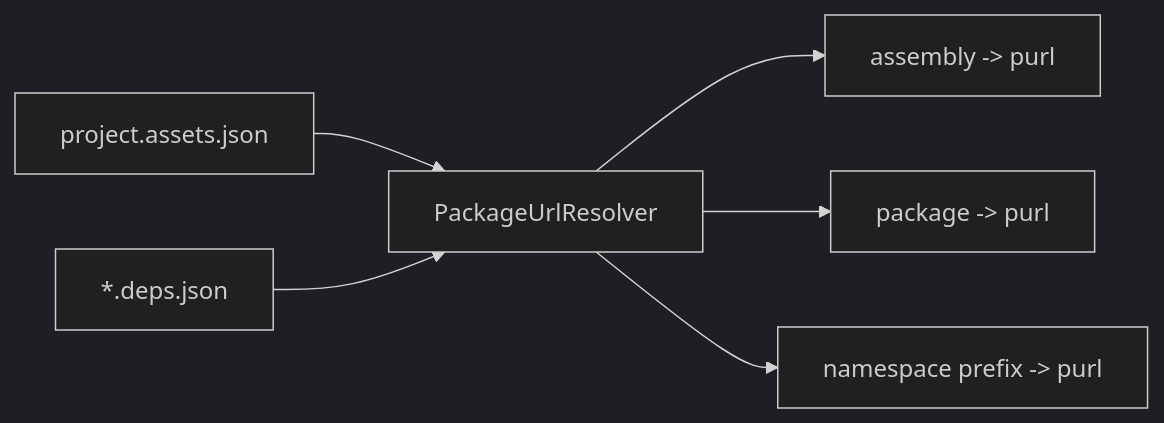
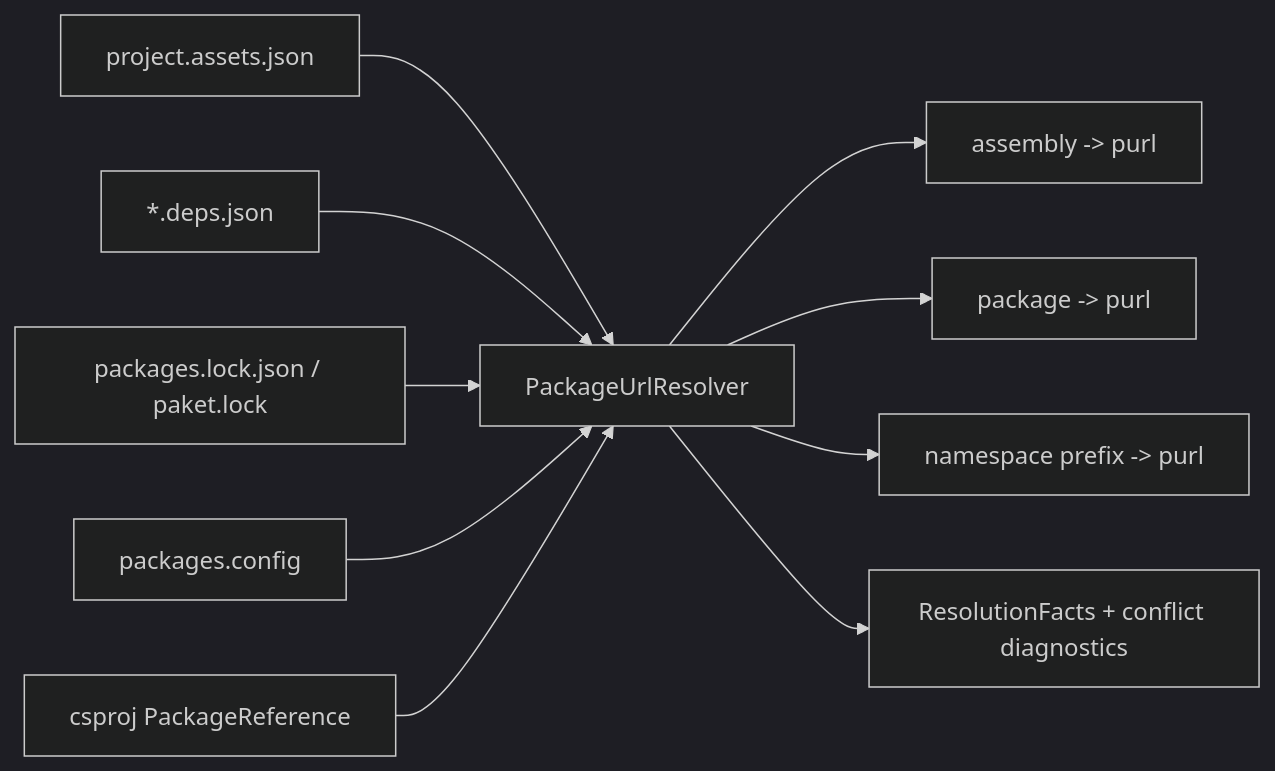
One commit to owasp-dep-scan/dosai changed the diagram in docs/supply-chain-purl.md. Above: the diagram before and after it, drawn with Mermaid (dark theme). The commit also changed other lines of this file and 74 other files, not shown here.

Commit message:
Update docs, lessons, and code comments for schema 4.1.0 feature set (#50)

````diff
--- a/docs/supply-chain-purl.md
+++ b/docs/supply-chain-purl.md
@@ -30,8 +36,12 @@
 ```mermaid
 flowchart LR
     Assets[project.assets.json] --> Resolver[PackageUrlResolver]
     Deps[*.deps.json] --> Resolver
+    Locks[packages.lock.json / paket.lock] --> Resolver
+    Config[packages.config] --> Resolver
+    Csproj[csproj PackageReference] --> Resolver
     Resolver --> AssemblyMap[assembly -> purl]
     Resolver --> PackageMap[package -> purl]
     Resolver --> NamespacePrefix[namespace prefix -> purl]
+    Resolver --> Facts[ResolutionFacts + conflict diagnostics]
 ```
````
